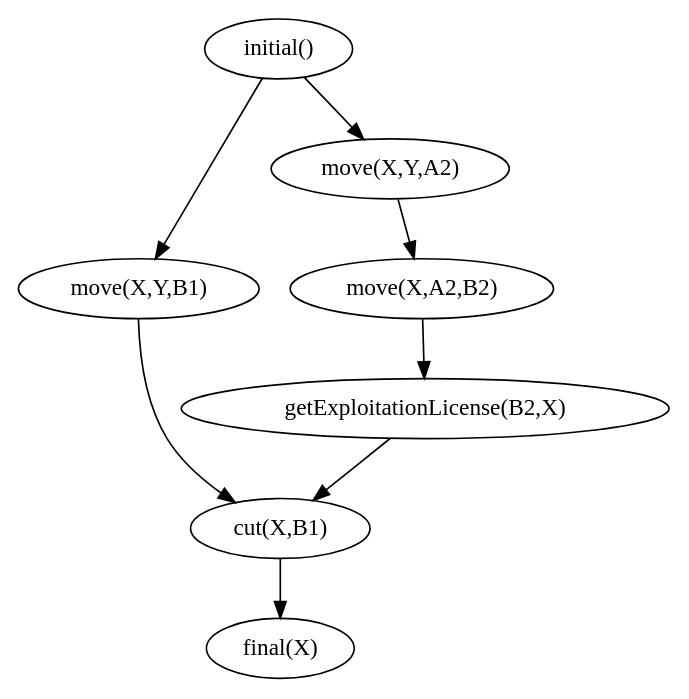
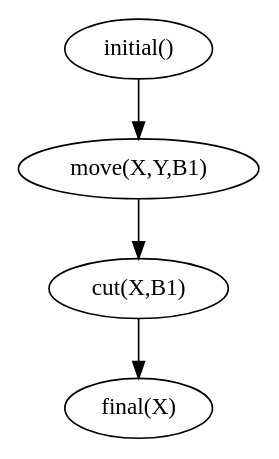
One commit to tokyramarozaka/mimosa-iriela-extension changed the diagram in output/simplified.png.dot. Above: the diagram before and after it, drawn with Graphviz. The commit also changed 22 other files, not shown here.

Commit message:
chore: added detailed state space search graph

```diff
--- a/output/simplified.png.dot
+++ b/output/simplified.png.dot
@@ -1,9 +1,5 @@
 digraph G { 
   "initial()" -> "move(X,Y,B1)";
-  "initial()" -> "move(X,Y,A2)";
   "cut(X,B1)" -> "final(X)";
-  "getExploitationLicense(B2,X)" -> "cut(X,B1)";
-  "move(X,A2,B2)" -> "getExploitationLicense(B2,X)";
   "move(X,Y,B1)" -> "cut(X,B1)";
-  "move(X,Y,A2)" -> "move(X,A2,B2)";
 }
```
